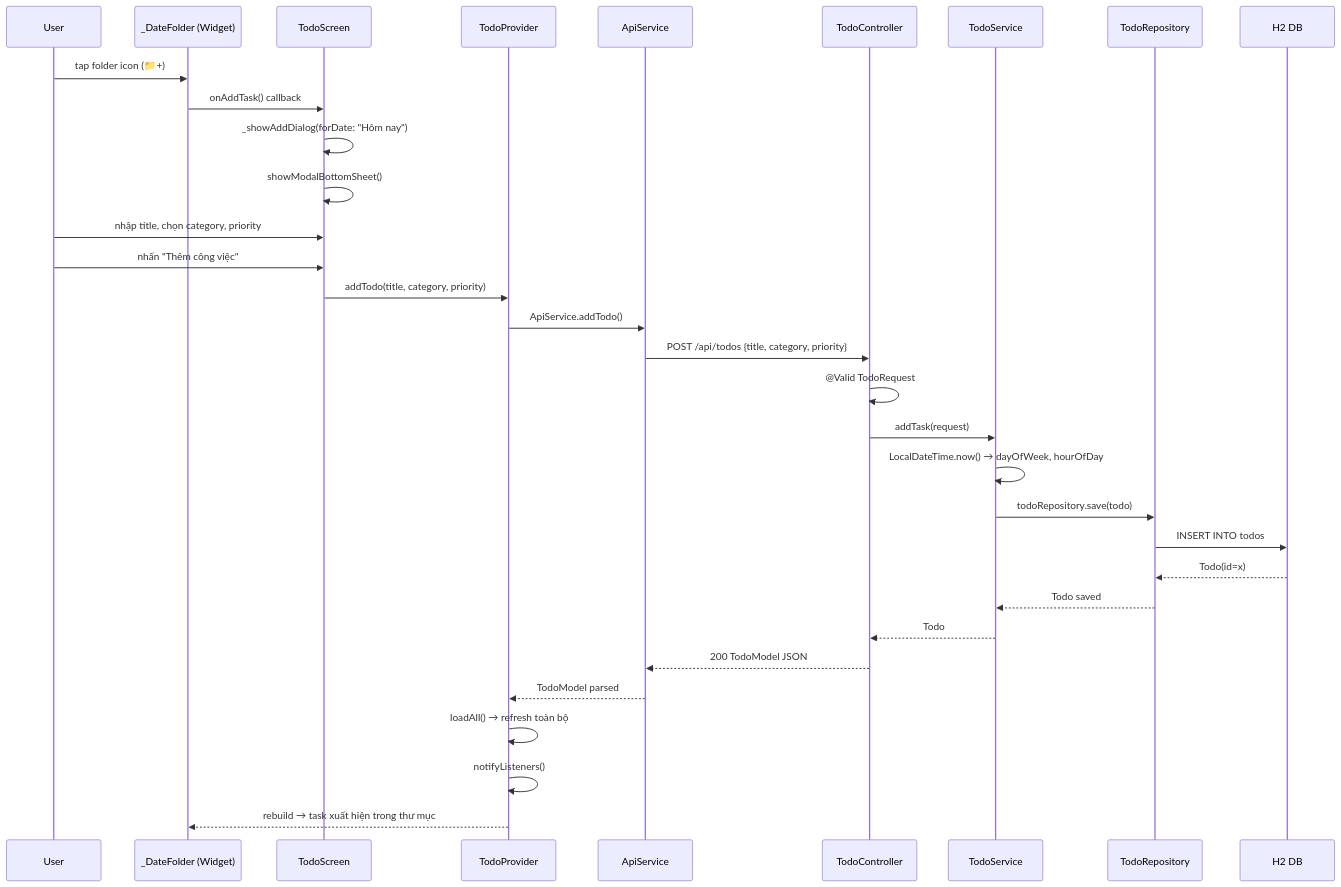
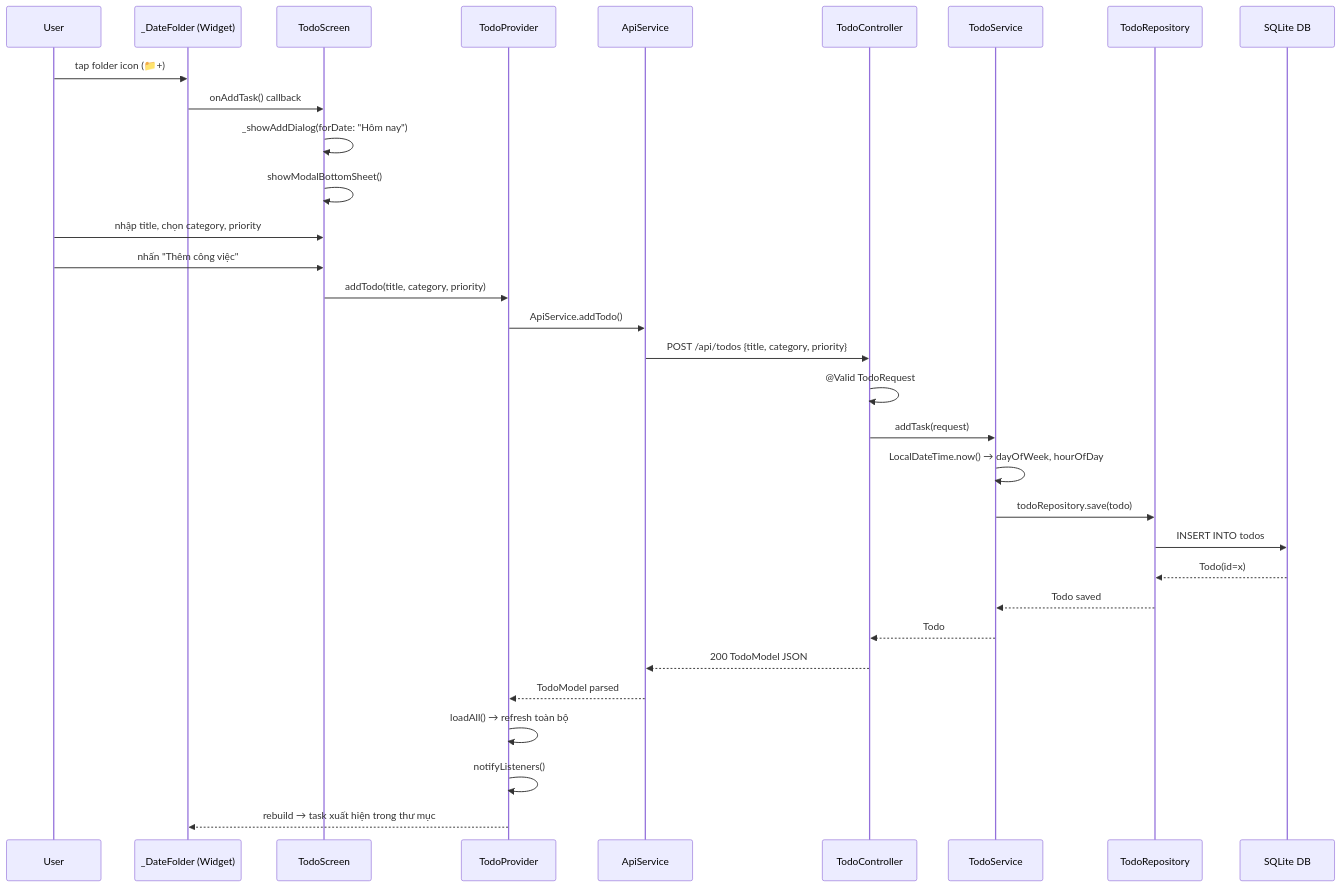
Before and after one commit to tramanh2245/case4-ai-chatbot: the third of 9 diagrams in CODE_FLOW.md, drawn with Mermaid. The commit also changed other lines of this file, not shown here.

Commit message:
docs: update CODE_FLOW.md H2 → SQLite

````diff
--- a/CODE_FLOW.md
+++ b/CODE_FLOW.md
@@ -110,35 +110,35 @@
 ```mermaid
 sequenceDiagram
     participant U as User
     participant DF as _DateFolder (Widget)
     participant TS as TodoScreen
     participant TP as TodoProvider
     participant API as ApiService
     participant TC as TodoController
     participant TSvc as TodoService
     participant TR as TodoRepository
-    participant DB as H2 DB
+    participant DB as SQLite DB
 
     U->>DF: tap folder icon (📁+)
     DF->>TS: onAddTask() callback
     TS->>TS: _showAddDialog(forDate: "Hôm nay")
     TS->>TS: showModalBottomSheet()
     U->>TS: nhập title, chọn category, priority
     U->>TS: nhấn "Thêm công việc"
     TS->>TP: addTodo(title, category, priority)
     TP->>API: ApiService.addTodo()
     API->>TC: POST /api/todos {title, category, priority}
     TC->>TC: @Valid TodoRequest
     TC->>TSvc: addTask(request)
     TSvc->>TSvc: LocalDateTime.now() → dayOfWeek, hourOfDay
     TSvc->>TR: todoRepository.save(todo)
     TR->>DB: INSERT INTO todos
     DB-->>TR: Todo(id=x)
     TR-->>TSvc: Todo saved
     TSvc-->>TC: Todo
     TC-->>API: 200 TodoModel JSON
     API-->>TP: TodoModel parsed
     TP->>TP: loadAll() → refresh toàn bộ
     TP->>TP: notifyListeners()
     TP-->>DF: rebuild → task xuất hiện trong thư mục
 ```
````
